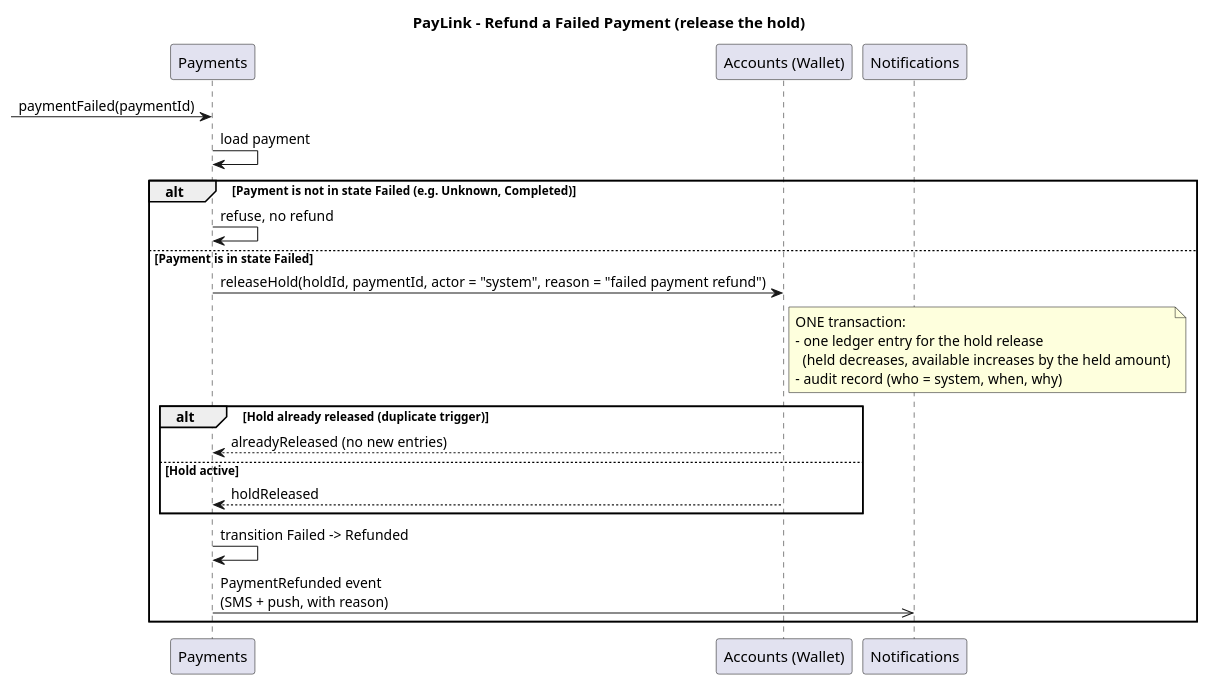
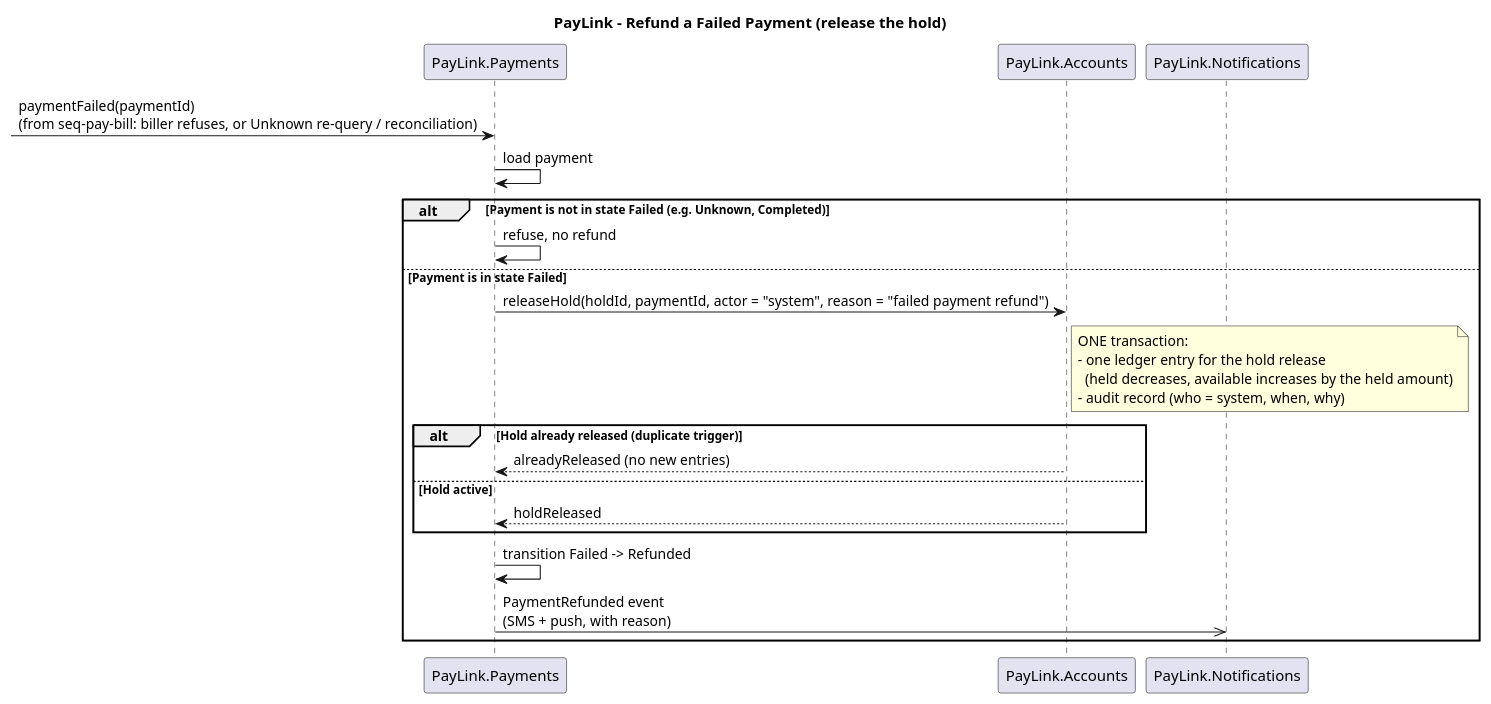
Before and after one commit to beshoy-13/Paylink: the diagram in docs/design/seq-refund-failed.puml, drawn with PlantUML. The commit also changed 2 other files, not shown here.

```diff
--- a/docs/design/seq-refund-failed.puml
+++ b/docs/design/seq-refund-failed.puml
@@ -1,33 +1,32 @@
 @startuml seq-refund-failed
 title PayLink - Refund a Failed Payment (release the hold)
 
 ' DECISIONS
-' - Trigger: Payments starts this flow whenever a payment enters Failed:
-'   SentToBiller -> Failed (biller refuses) or Unknown -> Failed
-'   (retry, callback or reconciliation).
+' - Trigger: PayLink.Payments starts this flow whenever a payment enters Failed:
+'   SentToBiller -> Failed (biller refuses), or Unknown -> Failed (re-query, callback or reconciliation).
 ' - A customer-requested refund of a Completed payment (FR-27) is a different flow.
 ' - This is the ONLY place where the hold is released (Failed -> Refunded, section 2.5).
 ' - Safe against duplicate triggers: a hold is released at most once.
-' - Accounts writes the ledger entries and the audit record in ONE transaction (FR-25),
+' - PayLink.Accounts writes the ledger entry and the audit record in ONE transaction (FR-25),
 '   actor = "system".
 
-participant Payments
-participant "Accounts (Wallet)" as Accounts
-participant Notifications
+participant "PayLink.Payments" as Payments
+participant "PayLink.Accounts" as Accounts
+participant "PayLink.Notifications" as Notifications
 
-[-> Payments : paymentFailed(paymentId)
+[-> Payments : paymentFailed(paymentId)\n(from seq-pay-bill: biller refuses, or Unknown re-query / reconciliation)
 Payments -> Payments : load payment
 alt Payment is not in state Failed (e.g. Unknown, Completed)
     Payments -> Payments : refuse, no refund
 else Payment is in state Failed
     Payments -> Accounts : releaseHold(holdId, paymentId, actor = "system", reason = "failed payment refund")
     note right of Accounts : ONE transaction:\n- one ledger entry for the hold release\n  (held decreases, available increases by the held amount)\n- audit record (who = system, when, why)
     alt Hold already released (duplicate trigger)
         Accounts --> Payments : alreadyReleased (no new entries)
     else Hold active
         Accounts --> Payments : holdReleased
     end
     Payments -> Payments : transition Failed -> Refunded
     Payments ->> Notifications : PaymentRefunded event\n(SMS + push, with reason)
 end
 @enduml
```
